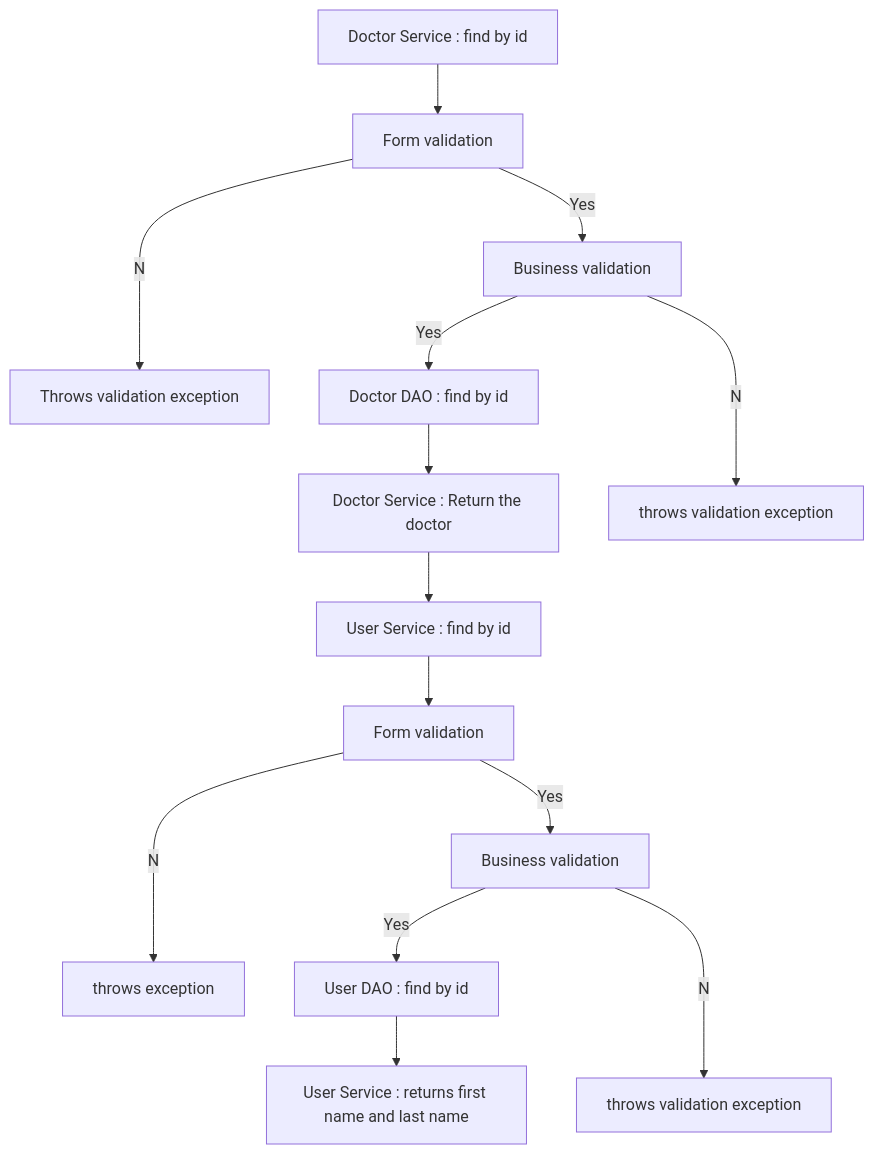
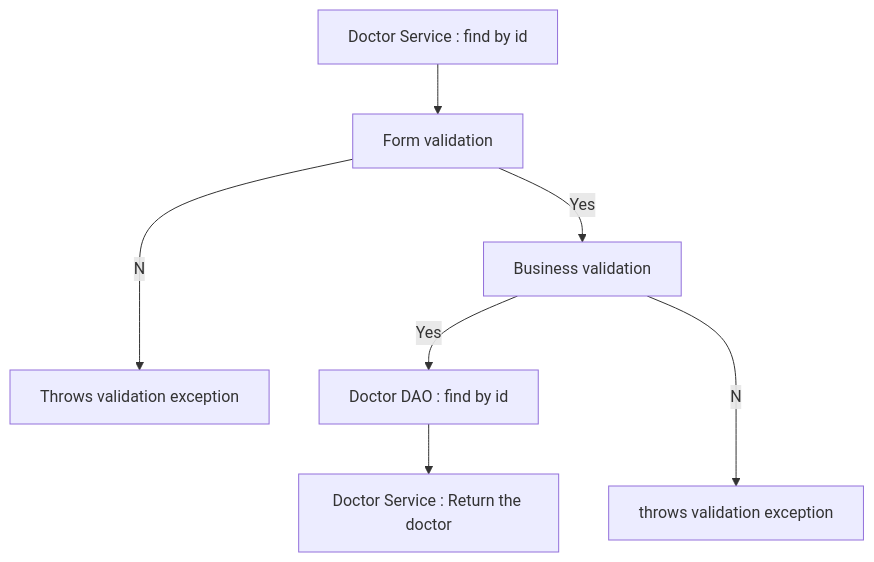
Before and after one commit to fssa-batch3/sec_b_deepika.sriram__corejava_project_2: the ninth of 9 diagrams in README.md, drawn with Mermaid. The commit also changed other lines of this file, not shown here.

````diff
--- a/README.md
+++ b/README.md
@@ -303,16 +301,10 @@
 ```mermaid
 graph TD;
 A[Doctor Service : find by id] -->B[Form validation]
 B--Yes-->C1[Business validation]
 B--No-->C2[Throws validation exception]
 C1--Yes-->D1[Doctor DAO : find by id]
 D1-->E[Doctor Service : Return the doctor]
 C1--No-->D2[throws validation exception]
-E-->F[User Service : find by id]
-F-->G[Form validation]
-G--Yes-->H1[Business validation]
-G--No-->H2[throws exception]
-H1--Yes-->I1[User DAO : find by id]
-H1--No-->I2[throws validation exception]
-I1-->J[User Service : returns first name and last name]
+
 ```
````
